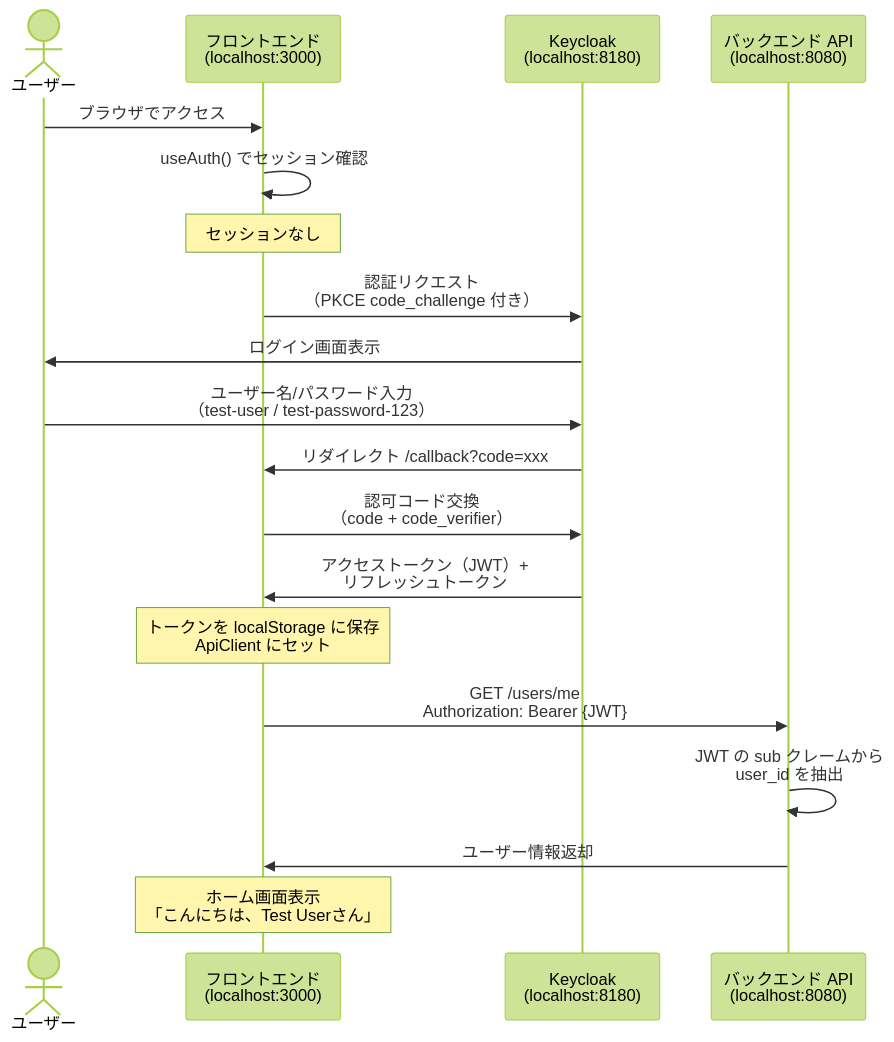
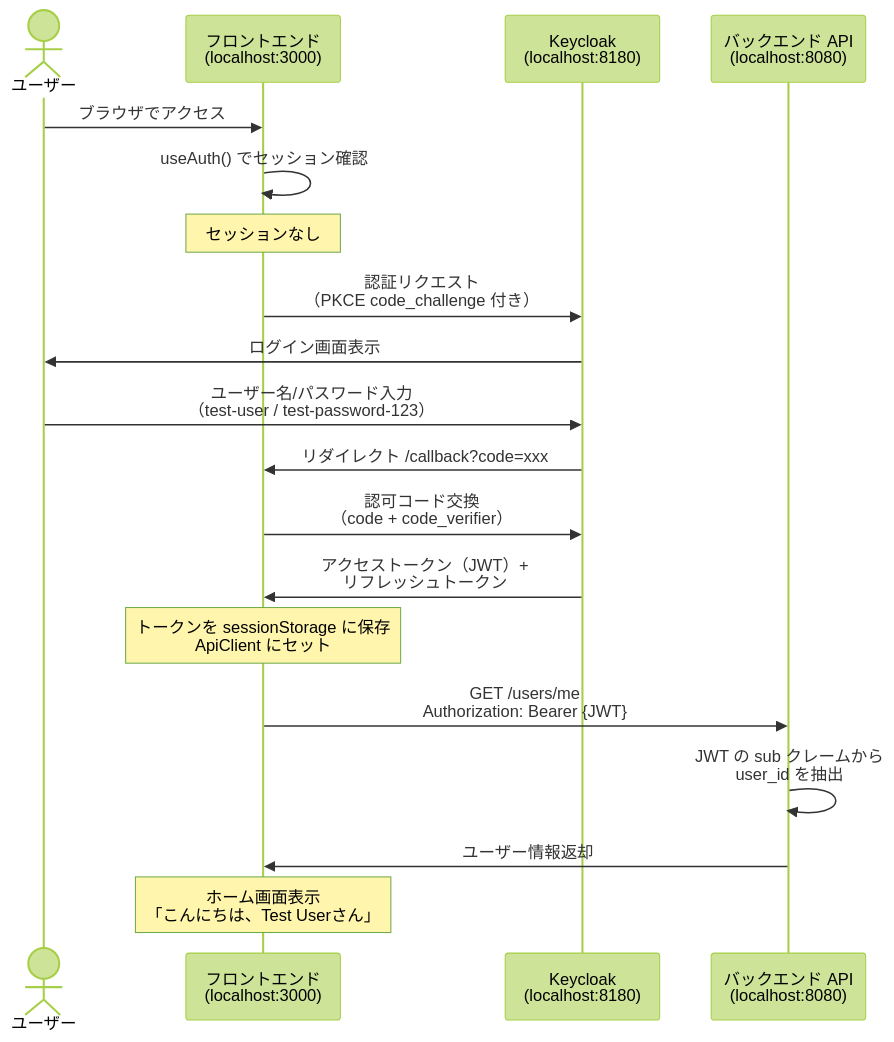
One commit to mozuq-lab/memoru-liff changed the second of 11 diagrams in docs/system-overview.md. Above: the diagram before and after it, drawn with Mermaid (forest theme). The commit also changed other lines of this file, not shown here.

````diff
--- a/docs/system-overview.md
+++ b/docs/system-overview.md
@@ -78,26 +94,26 @@
 ```mermaid
 sequenceDiagram
     actor User as ユーザー
     participant FE as フロントエンド<br/>(localhost:3000)
     participant KC as Keycloak<br/>(localhost:8180)
     participant API as バックエンド API<br/>(localhost:8080)
 
     User->>FE: ブラウザでアクセス
     FE->>FE: useAuth() でセッション確認
     Note over FE: セッションなし
 
     FE->>KC: 認証リクエスト<br/>（PKCE code_challenge 付き）
     KC->>User: ログイン画面表示
     User->>KC: ユーザー名/パスワード入力<br/>（test-user / test-password-123）
     KC->>FE: リダイレクト /callback?code=xxx
     FE->>KC: 認可コード交換<br/>（code + code_verifier）
     KC->>FE: アクセストークン（JWT）+<br/>リフレッシュトークン
 
-    Note over FE: トークンを localStorage に保存<br/>ApiClient にセット
+    Note over FE: トークンを sessionStorage に保存<br/>ApiClient にセット
 
     FE->>API: GET /users/me<br/>Authorization: Bearer {JWT}
     API->>API: JWT の sub クレームから<br/>user_id を抽出
     API->>FE: ユーザー情報返却
 
     Note over FE: ホーム画面表示<br/>「こんにちは、Test Userさん」
 ```
````
